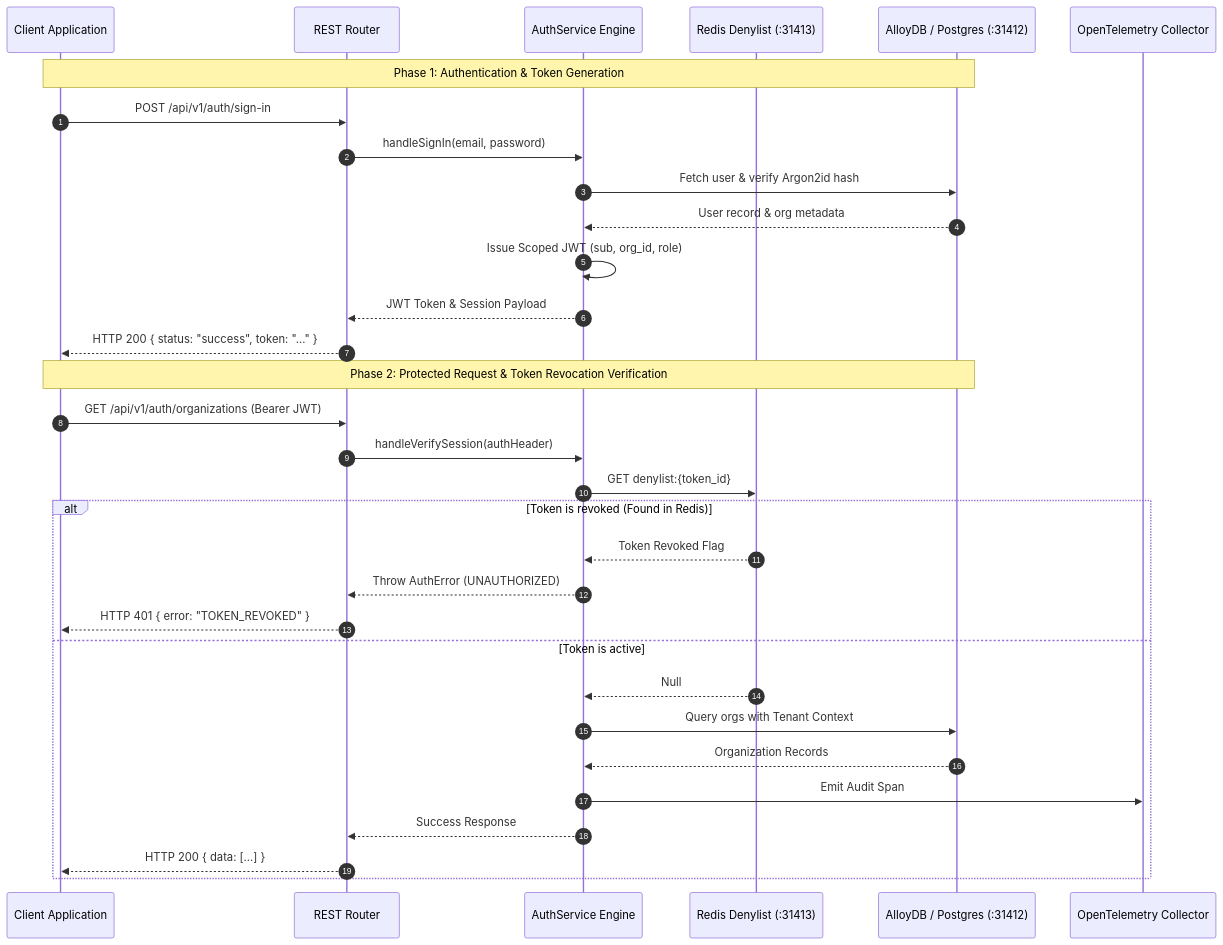
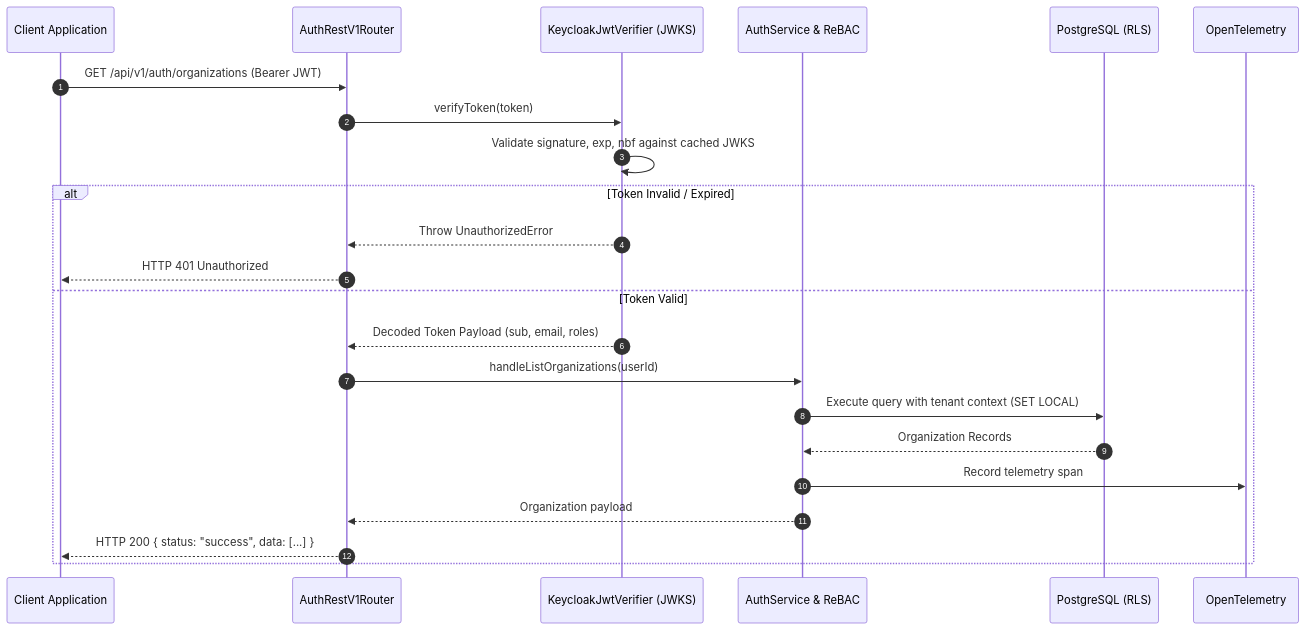
Before and after one commit to Scaibu/auth: the second of 2 diagrams in README.md, drawn with Mermaid. The commit also changed other lines of this file and 48 other files, not shown here.

Commit message:
feat(security): implement P0 non-superuser RLS, bounded revocation, audience scoping & ADR 0044

````diff
--- a/README.md
+++ b/README.md
@@ -95,36 +120,26 @@
 ```mermaid
 sequenceDiagram
     autonumber
     participant Client as Client Application
-    participant Router as REST Router
-    participant Service as AuthService Engine
-    participant Redis as Redis Denylist (:31413)
-    participant DB as AlloyDB / Postgres (:31412)
-    participant OTel as OpenTelemetry Collector
+    participant Router as AuthRestV1Router
+    participant Verifier as KeycloakJwtVerifier (JWKS)
+    participant Service as AuthService & ReBAC
+    participant DB as PostgreSQL (RLS)
+    participant OTel as OpenTelemetry
 
-    Note over Client, DB: Phase 1: Authentication & Token Generation
-    Client->>Router: POST /api/v1/auth/sign-in
-    Router->>Service: handleSignIn(email, password)
-    Service->>DB: Fetch user & verify Argon2id hash
-    DB-->>Service: User record & org metadata
-    Service->>Service: Issue Scoped JWT (sub, org_id, role)
-    Service-->>Router: JWT Token & Session Payload
-    Router-->>Client: HTTP 200 { status: "success", token: "..." }
-
-    Note over Client, DB: Phase 2: Protected Request & Token Revocation Verification
     Client->>Router: GET /api/v1/auth/organizations (Bearer JWT)
-    Router->>Service: handleVerifySession(authHeader)
-    Service->>Redis: GET denylist:{token_id}
-    alt Token is revoked (Found in Redis)
-        Redis-->>Service: Token Revoked Flag
-        Service-->>Router: Throw AuthError (UNAUTHORIZED)
-        Router-->>Client: HTTP 401 { error: "TOKEN_REVOKED" }
-    else Token is active
-        Redis-->>Service: Null
-        Service->>DB: Query orgs with Tenant Context
+    Router->>Verifier: verifyToken(token)
+    Verifier->>Verifier: Validate signature, exp, nbf against cached JWKS
+    alt Token Invalid / Expired
+        Verifier-->>Router: Throw UnauthorizedError
+        Router-->>Client: HTTP 401 Unauthorized
+    else Token Valid
+        Verifier-->>Router: Decoded Token Payload (sub, email, roles)
+        Router->>Service: handleListOrganizations(userId)
+        Service->>DB: Execute query with tenant context (SET LOCAL)
         DB-->>Service: Organization Records
-        Service->>OTel: Emit Audit Span
-        Service-->>Router: Success Response
-        Router-->>Client: HTTP 200 { data: [...] }
+        Service->>OTel: Record telemetry span
+        Service-->>Router: Organization payload
+        Router-->>Client: HTTP 200 { status: "success", data: [...] }
     end
 ```
````
